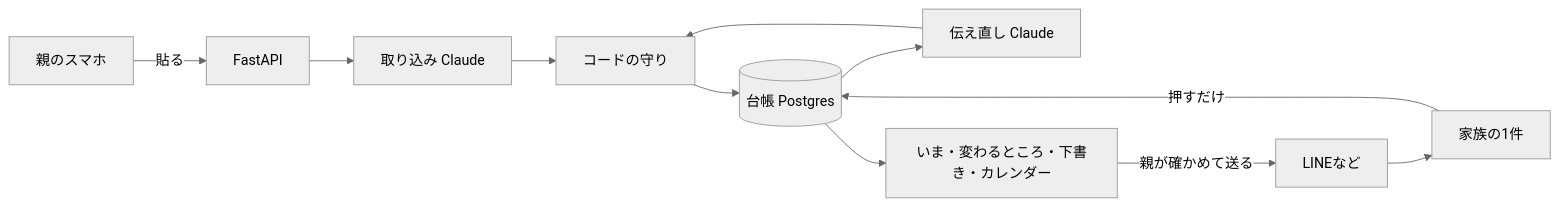
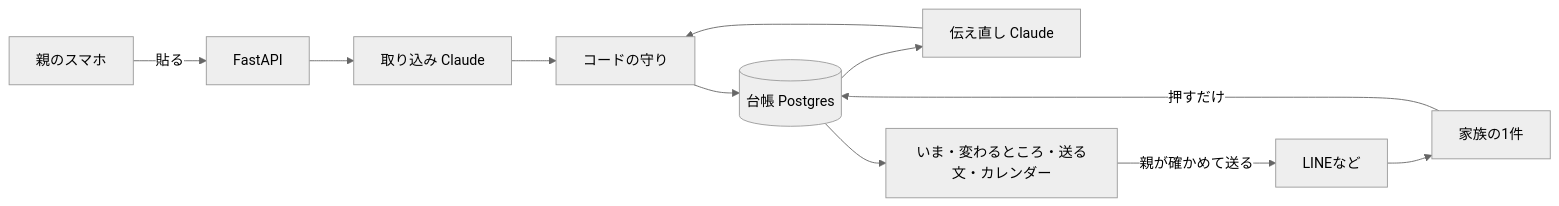
Before and after one commit to komasol50/ensemble: the diagram in README.md, drawn with Mermaid (neutral theme). The commit also changed other lines of this file and 1 other file, not shown here.

First line of the commit message:
docs: README の評価の前置きを測った版のとおりに（QA の P1）、図の語と夫の画面の行

````diff
--- a/README.md
+++ b/README.md
@@ -117,13 +117,13 @@
 ```mermaid
 flowchart LR
   phone[親のスマホ] -->|貼る| api[FastAPI]
   api --> intake[取り込み Claude]
   intake --> guard[コードの守り]
   guard --> ledger[(台帳 Postgres)]
   ledger --> retell[伝え直し Claude]
   retell --> guard
-  ledger --> board[いま・変わるところ・下書き・カレンダー]
+  ledger --> board[いま・変わるところ・送る文・カレンダー]
   board -->|親が確かめて送る| line[LINEなど]
   line --> one[家族の1件]
   one -->|押すだけ| ledger
 ```
````
